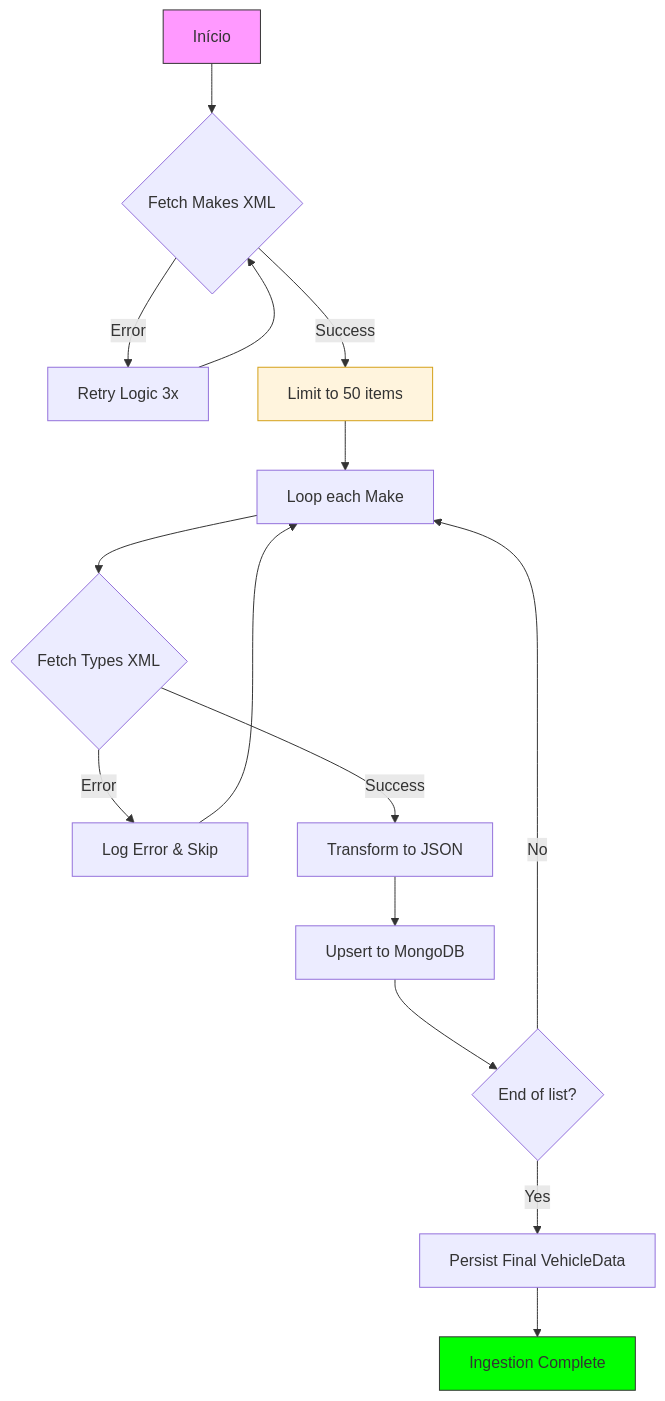
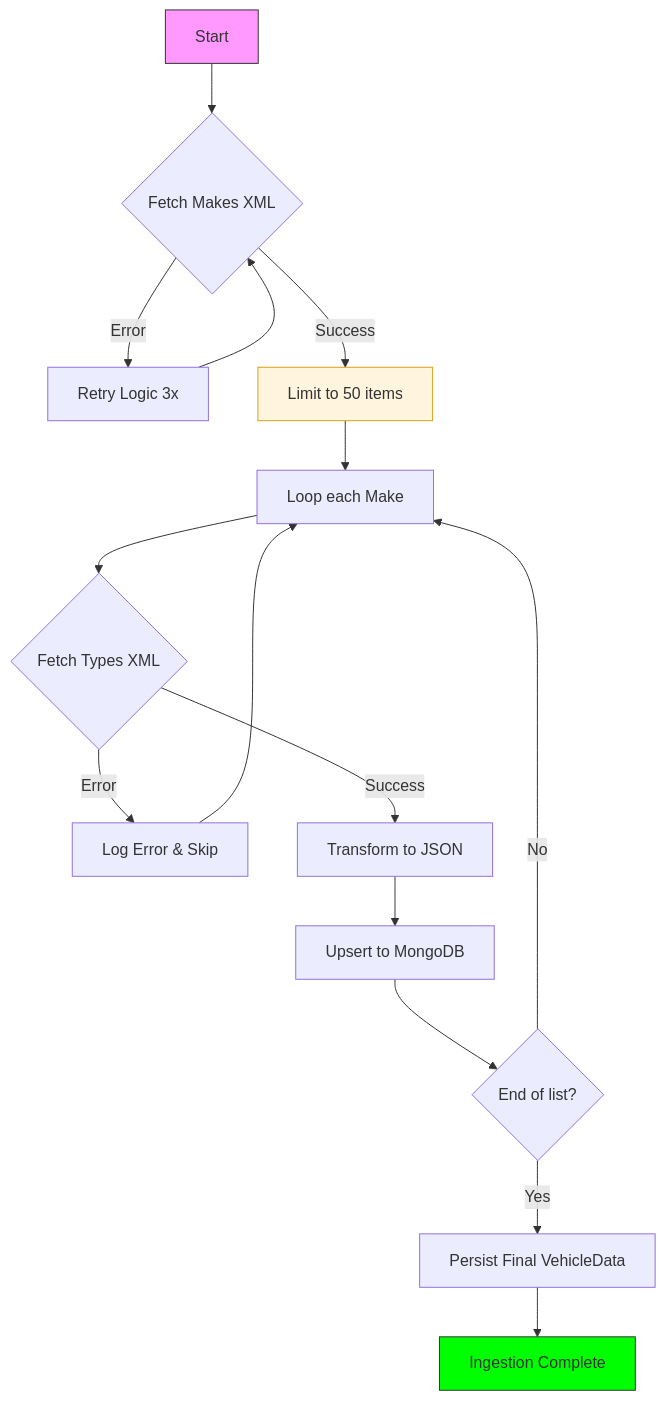
One commit to gabisinhas/backend-insightglobal-application changed the diagram in README.md. Above: the diagram before and after it, drawn with Mermaid. The commit also changed other lines of this file, not shown here.

Commit message:
read me update.

````diff
--- a/README.md
+++ b/README.md
@@ -97,24 +99,24 @@
 ```mermaid
 graph TD
-    Start[Início] --> FetchMakes{Fetch Makes XML}
+    Start[Start] --> FetchMakes{Fetch Makes XML}
     FetchMakes -- Error --> Retry[Retry Logic 3x]
     Retry --> FetchMakes
     FetchMakes -- Success --> Limit[Limit to 50 items]
     
     Limit --> Loop[Loop each Make]
     Loop --> FetchTypes{Fetch Types XML}
     FetchTypes -- Error --> LogSkip[Log Error & Skip]
     LogSkip --> Loop
     FetchTypes -- Success --> Transform[Transform to JSON]
     
     Transform --> Upsert[Upsert to MongoDB]
     Upsert --> CheckEnd{End of list?}
     
     CheckEnd -- No --> Loop
     CheckEnd -- Yes --> FinalDoc[Persist Final VehicleData]
     FinalDoc --> Success[Ingestion Complete]
 
     style Start fill:#f9f,stroke:#333
     style Success fill:#0f0,stroke:#333
     style Limit fill:#fff4dd,stroke:#d4a017
 ```
````
